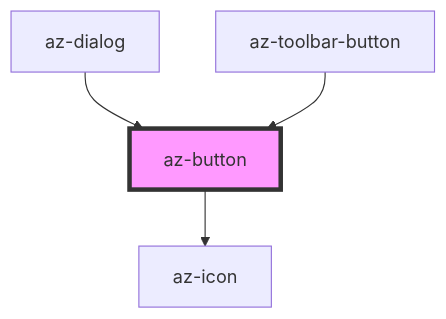
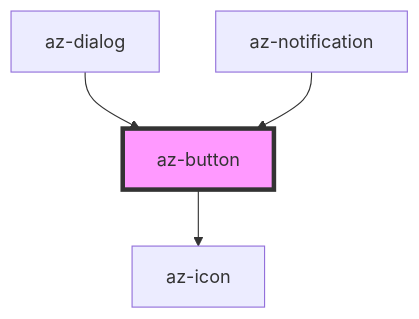
The diagram in src/components/button/readme.md (aztec-ui/aztec-ui), drawn with Mermaid before and after one commit. The commit also changed other lines of this file and 15 other files, not shown here.

````diff
--- a/src/components/button/readme.md
+++ b/src/components/button/readme.md
@@ -34,7 +34,7 @@
 ```mermaid
 graph TD;
   az-button --> az-icon
   az-dialog --> az-button
-  az-toolbar-button --> az-button
+  az-notification --> az-button
   style az-button fill:#f9f,stroke:#333,stroke-width:4px
 ```
````
